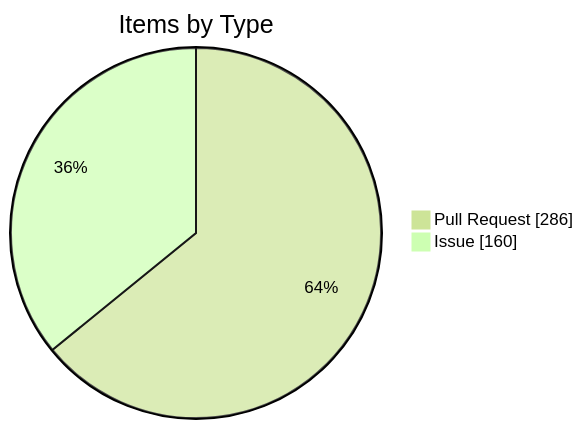
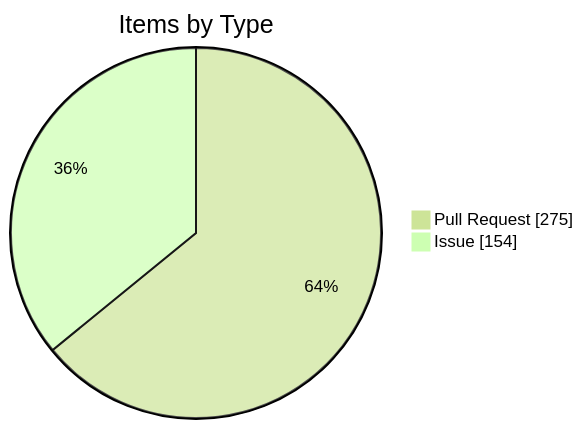
One commit to KBVE/kbve changed the fourth of 4 diagrams in apps/kbve/astro-kbve/src/content/docs/dashboard/kanban-data.mdx. Above: the diagram before and after it, drawn with Mermaid (forest theme). The commit also changed other lines of this file and 7 other files, not shown here.

````diff
--- a/apps/kbve/astro-kbve/src/content/docs/dashboard/kanban-data.mdx
+++ b/apps/kbve/astro-kbve/src/content/docs/dashboard/kanban-data.mdx
@@ -116,6 +116,6 @@
 ```mermaid
 pie showData
     title Items by Type
-    "Pull Request" : 286
-    "Issue" : 160
+    "Pull Request" : 275
+    "Issue" : 154
 ```
````
